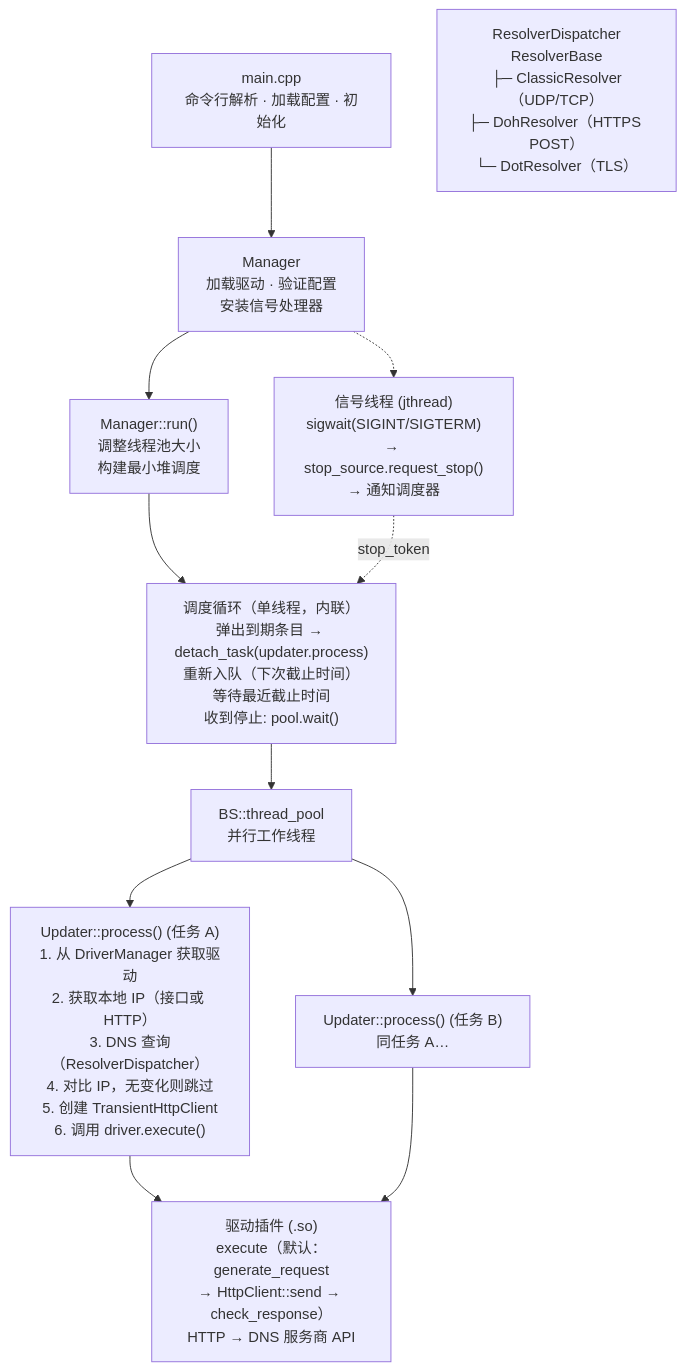
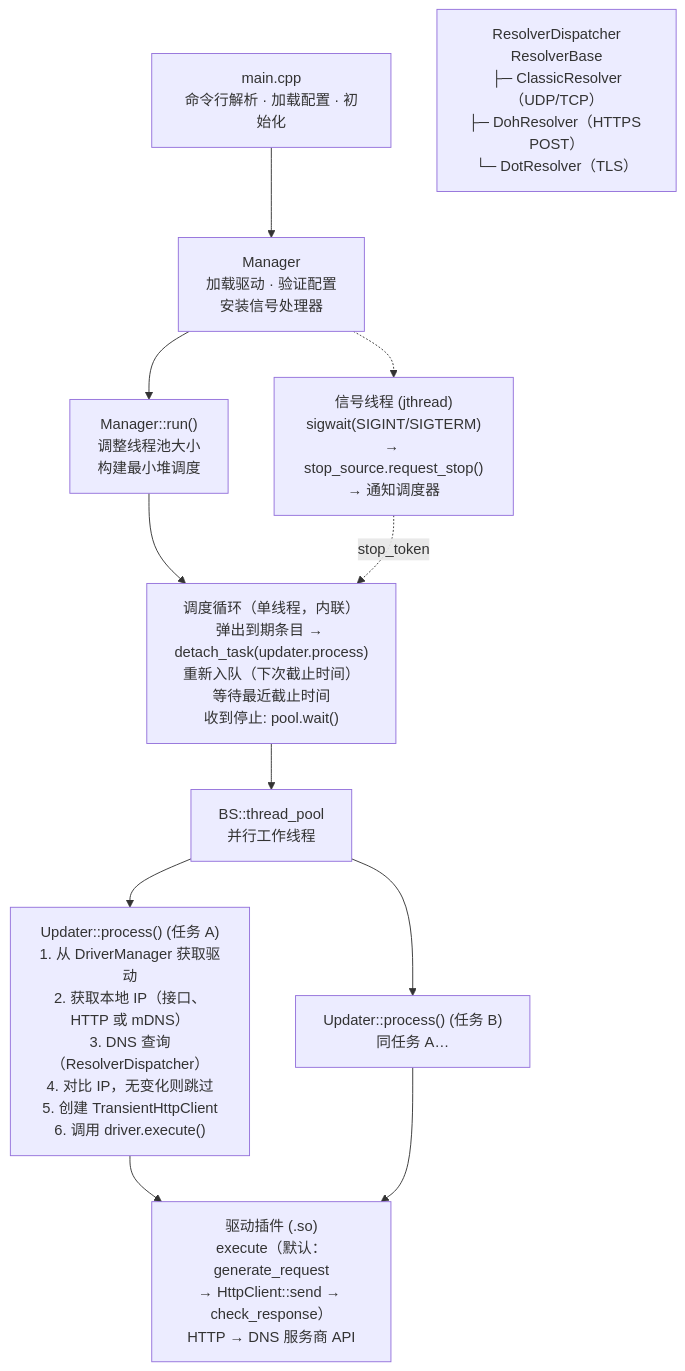
The diagram in README_CN.md (CyberKoo/yaddnsc), drawn with Mermaid before and after one commit. The commit also changed other lines of this file and 1 other file, not shown here.

Commit message:
Docs: streamline README structure and consolidate DNS resolver documentation

````diff
--- a/README_CN.md
+++ b/README_CN.md
@@ -27,51 +27,51 @@
 ```mermaid
 flowchart TB
     main["main.cpp
 命令行解析 · 加载配置 · 初始化"]
     mgr["Manager
 加载驱动 · 验证配置
 安装信号处理器"]
     run["Manager::run()
 调整线程池大小
 构建最小堆调度"]
     sched["调度循环（单线程，内联）
 弹出到期条目 → detach_task(updater.process)
 重新入队（下次截止时间）
 等待最近截止时间
 收到停止: pool.wait()"]
     signal["信号线程 (jthread)
 sigwait(SIGINT/SIGTERM)
 → stop_source.request_stop()
 → 通知调度器"]
     pool["BS::thread_pool
 并行工作线程"]
     updaterA["Updater::process() (任务 A)
 1. 从 DriverManager 获取驱动
-2. 获取本地 IP（接口或 HTTP）
+2. 获取本地 IP（接口、HTTP 或 mDNS）
 3. DNS 查询（ResolverDispatcher）
 4. 对比 IP，无变化则跳过
 5. 创建 TransientHttpClient
 6. 调用 driver.execute()"]
     updaterB["Updater::process() (任务 B)
 同任务 A…"]
     driver["驱动插件 (.so)
 execute（默认：generate_request
 → HttpClient::send → check_response）
 HTTP → DNS 服务商 API"]
     dns["ResolverDispatcher
 ResolverBase
 ├─ ClassicResolver（UDP/TCP）
 ├─ DohResolver（HTTPS POST）
 └─ DotResolver（TLS）"]
 
     main --> mgr
     mgr --> run
     run --> sched
     mgr -.-> signal
     signal -.->|stop_token| sched
     sched --> pool
     pool --> updaterA
     pool --> updaterB
     updaterA --> driver
     updaterB --> driver
 ```
````
